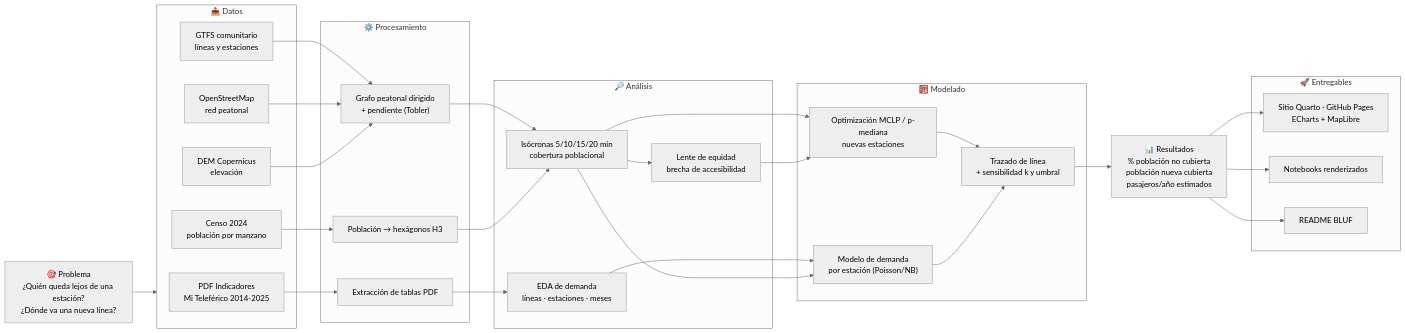
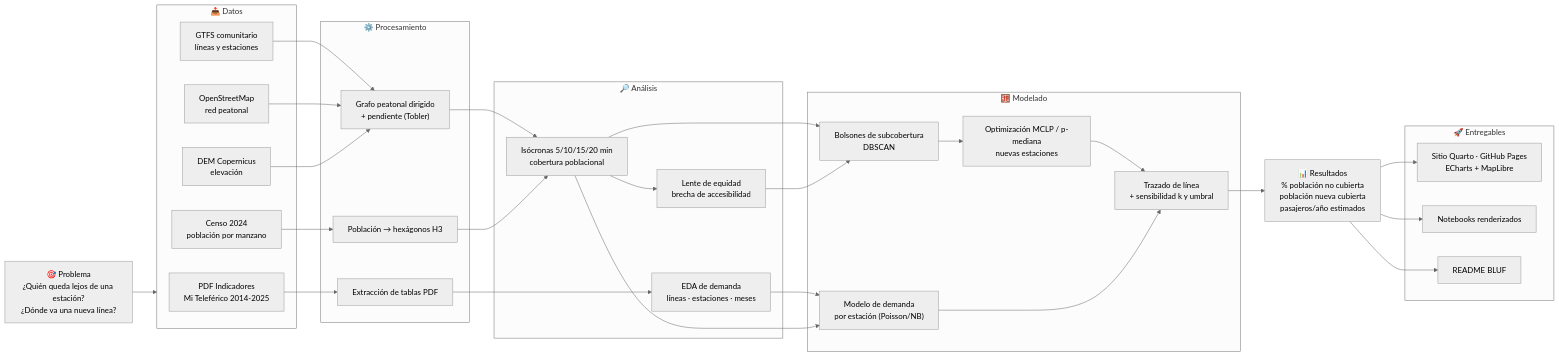
Before and after one commit to freddxvill/analisis-proyeccion-linea-teleferico-la-paz-bolivia: the diagram in docs/diagrama.mmd, drawn with Mermaid (neutral theme).

Commit message:
Diagrama: paso de bolsones de subcobertura (DBSCAN) antes de la optimización

```diff
--- a/docs/diagrama.mmd
+++ b/docs/diagrama.mmd
@@ -1,50 +1,52 @@
 flowchart LR
     P["🎯 Problema<br/>¿Quién queda lejos de una estación?<br/>¿Dónde va una nueva línea?"]
 
     subgraph D["📥 Datos"]
         D1["PDF Indicadores<br/>Mi Teleférico 2014-2025"]
         D3["GTFS comunitario<br/>líneas y estaciones"]
         D4["OpenStreetMap<br/>red peatonal"]
         D5["Censo 2024<br/>población por manzano"]
         D6["DEM Copernicus<br/>elevación"]
     end
 
     subgraph T["⚙️ Procesamiento"]
         T1["Extracción de tablas PDF"]
         T2["Grafo peatonal dirigido<br/>+ pendiente (Tobler)"]
         T3["Población → hexágonos H3"]
     end
 
     subgraph A["🔎 Análisis"]
         A1["EDA de demanda<br/>líneas · estaciones · meses"]
         A2["Isócronas 5/10/15/20 min<br/>cobertura poblacional"]
         A3["Lente de equidad<br/>brecha de accesibilidad"]
     end
 
     subgraph M["🧮 Modelado"]
+        M0["Bolsones de subcobertura<br/>DBSCAN"]
         M1["Modelo de demanda<br/>por estación (Poisson/NB)"]
         M2["Optimización MCLP / p-mediana<br/>nuevas estaciones"]
         M3["Trazado de línea<br/>+ sensibilidad k y umbral"]
     end
 
     R["📊 Resultados<br/>% población no cubierta<br/>población nueva cubierta<br/>pasajeros/año estimados"]
 
     subgraph E["🚀 Entregables"]
         E1["Sitio Quarto · GitHub Pages<br/>ECharts + MapLibre"]
         E2["Notebooks renderizados"]
         E3["README BLUF"]
     end
 
     P --> D
     D1 --> T1
     D3 & D4 & D6 --> T2
     D5 --> T3
     T1 --> A1
     T2 & T3 --> A2
     A2 --> A3
     A1 & A2 --> M1
-    A2 & A3 --> M2
+    A2 & A3 --> M0
+    M0 --> M2
     M2 --> M3
     M1 --> M3
     M3 --> R
     R --> E1 & E2 & E3
```
